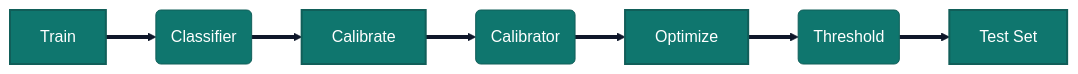
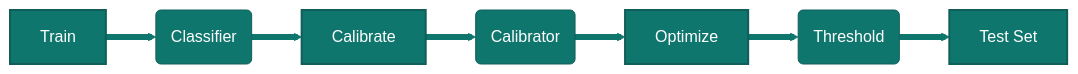
The third of 4 diagrams in README.md (Pablo-Molla-Charlez/SecondaryModel), drawn with Mermaid before and after one commit. The commit also changed other lines of this file, not shown here.

````diff
--- a/README.md
+++ b/README.md
@@ -86,13 +86,13 @@
 ```mermaid
 %%{init: {'theme': 'base', 'themeVariables': { 'primaryColor': '#0f766e', 'primaryBorderColor': '#115e59', 'primaryTextColor': '#ffffff', 'secondaryColor': '#f59e0b', 'tertiaryColor': '#dbeafe', 'lineColor': '#0f172a', 'background': '#ffffff'}}}%%
 flowchart LR
     A[Train] --> B(Classifier)
     B --> C[Calibrate]
     C --> D(Calibrator)
     D --> E[Optimize]
     E --> F(Threshold)
     F --> G[Test Set]
     classDef split fill:#0f766e,stroke:#115e59,color:#ffffff,stroke-width:2px;
     class A,C,E,G split;
-    linkStyle default stroke:#0f172a,stroke-width:4px;
+    linkStyle default stroke:#0f766e,stroke-width:6px;
 ```
````
